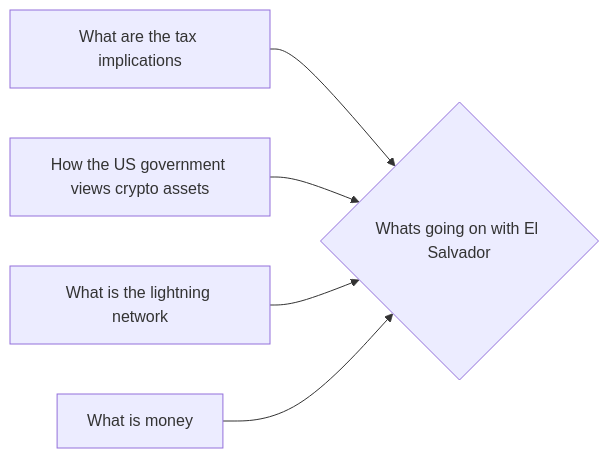
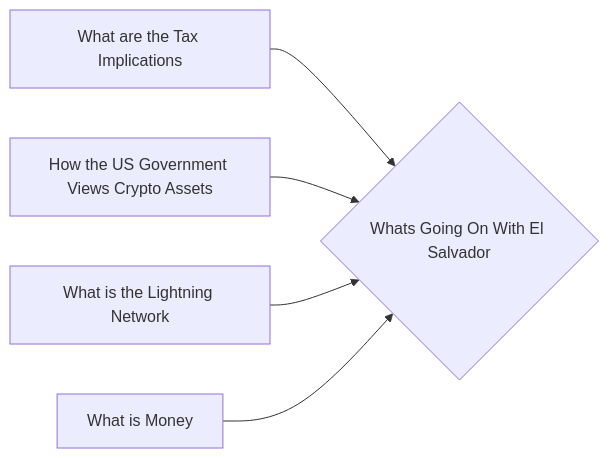
One commit to lpurdy01/crypto-knowledge-map changed the diagram in notes/Whats_Going_On_With_El_Salvador.md. Above: the diagram before and after it, drawn with Mermaid. The commit also changed 50 other files, not shown here.

````diff
--- a/notes/Whats_Going_On_With_El_Salvador.md
+++ b/notes/Whats_Going_On_With_El_Salvador.md
@@ -15,7 +15,7 @@
 ```mermaid
 graph LR
-1["What are the tax implications"]-->0{"Whats going on with El Salvador"}
-2["How the US government views crypto assets"]-->0{"Whats going on with El Salvador"}
-3["What is the lightning network"]-->0{"Whats going on with El Salvador"}
-4["What is money"]-->0{"Whats going on with El Salvador"}
+1["What are the Tax Implications"]-->0{"Whats Going On With El Salvador"}
+2["How the US Government Views Crypto Assets"]-->0{"Whats Going On With El Salvador"}
+3["What is the Lightning Network"]-->0{"Whats Going On With El Salvador"}
+4["What is Money"]-->0{"Whats Going On With El Salvador"}
 ```
````
